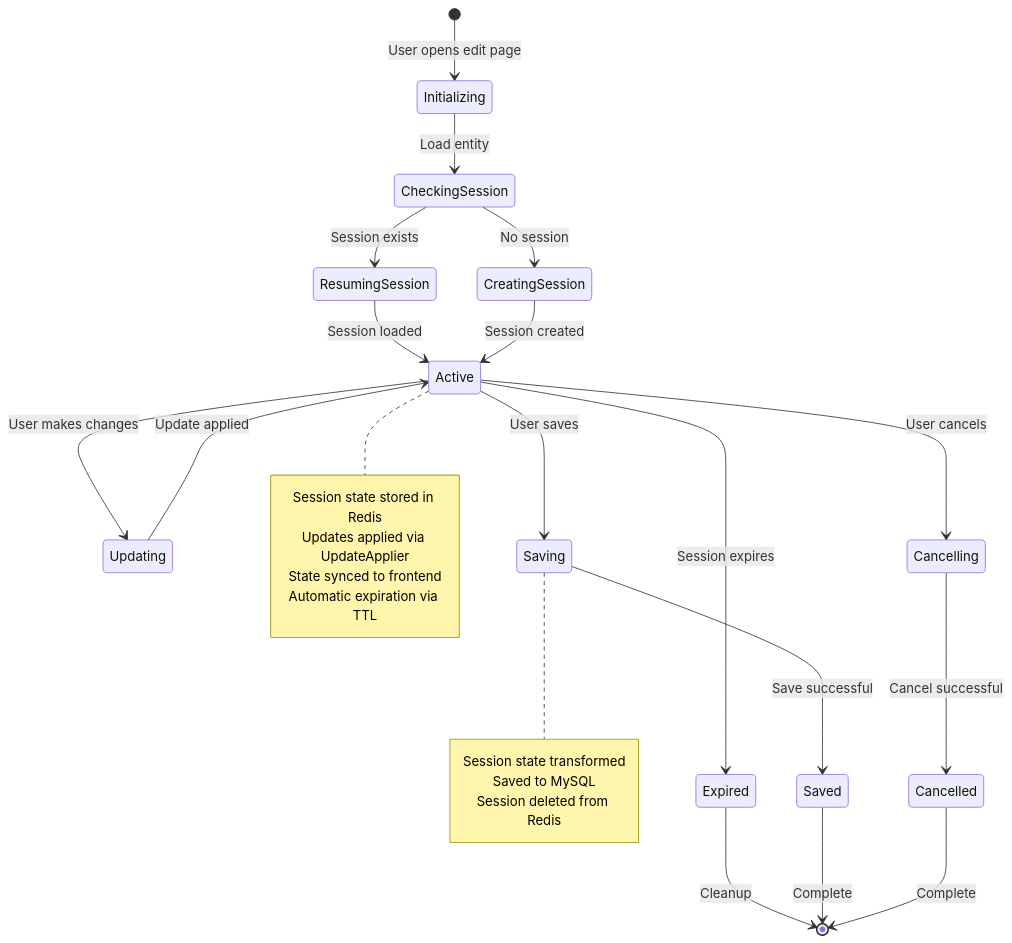
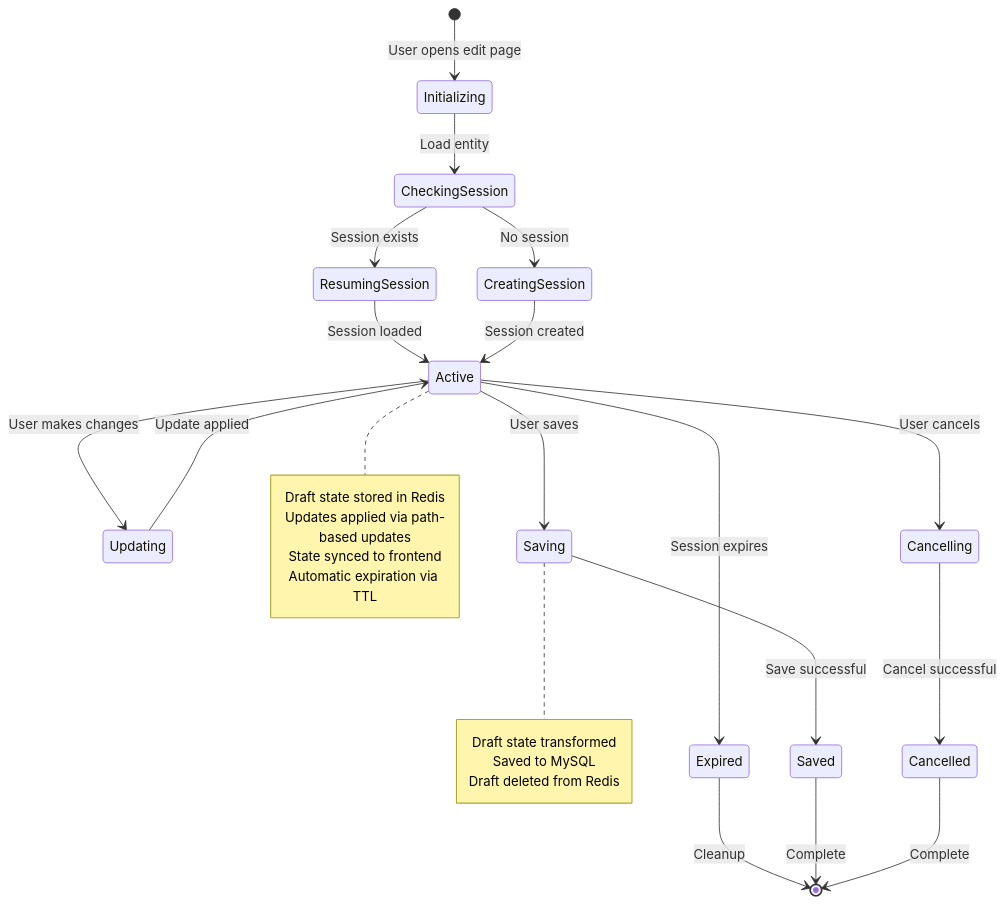
The second of 3 diagrams in packages/shared/docs/application-overview/session-state-management.md (Cezero/dnd_tools), drawn with Mermaid before and after one commit. The commit also changed other lines of this file and 84 other files, not shown here.

````diff
--- a/packages/shared/docs/application-overview/session-state-management.md
+++ b/packages/shared/docs/application-overview/session-state-management.md
@@ -66,32 +62,32 @@
 ```mermaid
 stateDiagram-v2
     [*] --> Initializing: User opens edit page
     Initializing --> CheckingSession: Load entity
     CheckingSession --> ResumingSession: Session exists
     CheckingSession --> CreatingSession: No session
     ResumingSession --> Active: Session loaded
     CreatingSession --> Active: Session created
     Active --> Updating: User makes changes
     Updating --> Active: Update applied
     Active --> Saving: User saves
     Active --> Cancelling: User cancels
     Active --> Expired: Session expires
     Saving --> Saved: Save successful
     Cancelling --> Cancelled: Cancel successful
     Expired --> [*]: Cleanup
     Saved --> [*]: Complete
     Cancelled --> [*]: Complete
     
     note right of Active
-        Session state stored in Redis
-        Updates applied via UpdateApplier
+        Draft state stored in Redis
+        Updates applied via path-based updates
         State synced to frontend
         Automatic expiration via TTL
     end note
     
     note right of Saving
-        Session state transformed
+        Draft state transformed
         Saved to MySQL
-        Session deleted from Redis
+        Draft deleted from Redis
     end note
 ```
````
